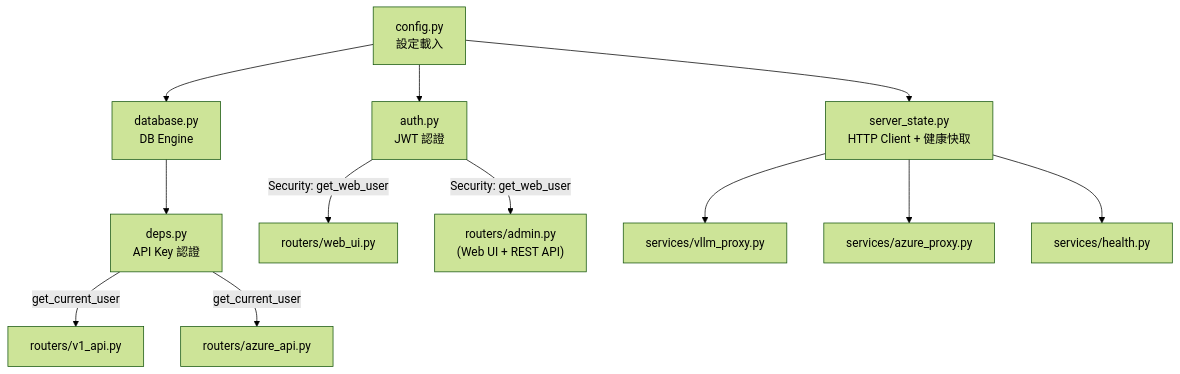
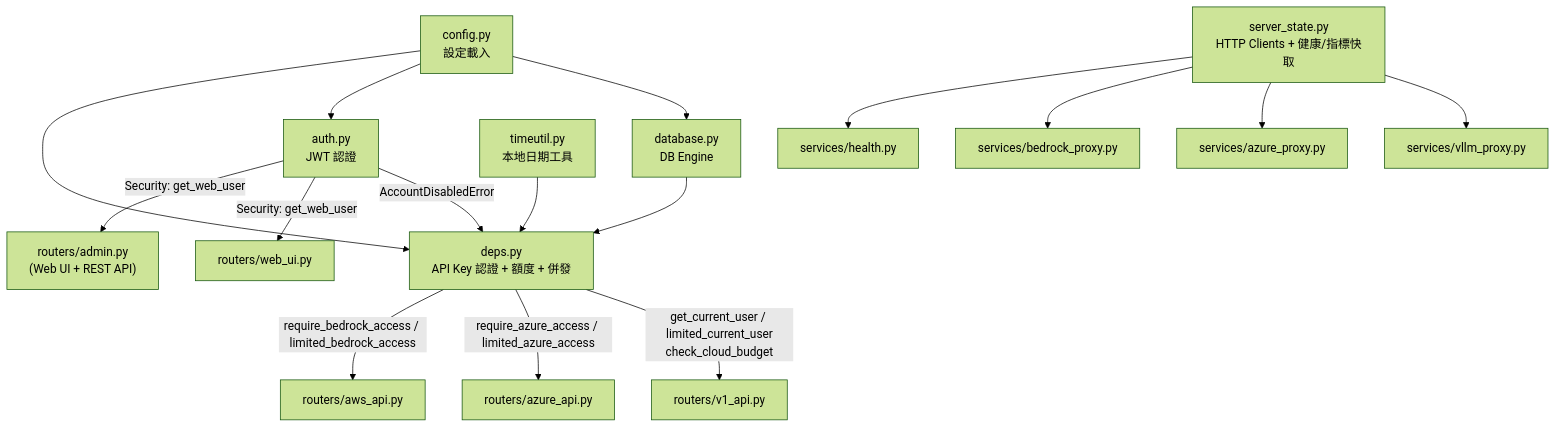
The diagram in app/core/README.zh-TW.md (bwinken/llm-gateway), drawn with Mermaid (forest theme) before and after one commit. The commit also changed other lines of this file and 2 other files, not shown here.

````diff
--- a/app/core/README.zh-TW.md
+++ b/app/core/README.zh-TW.md
@@ -9,14 +9,18 @@
 ```mermaid
 graph TD
     config["config.py<br/>設定載入"] --> database["database.py<br/>DB Engine"]
     config --> auth["auth.py<br/>JWT 認證"]
-    config --> server_state["server_state.py<br/>HTTP Client + 健康快取"]
-    database --> deps["deps.py<br/>API Key 認證"]
+    config --> deps["deps.py<br/>API Key 認證 + 額度 + 併發"]
+    database --> deps
+    timeutil["timeutil.py<br/>本地日期工具"] --> deps
+    auth --> |AccountDisabledError| deps
     auth --> |Security: get_web_user| WebUI["routers/web_ui.py"]
     auth --> |Security: get_web_user| Admin["routers/admin.py<br/>(Web UI + REST API)"]
-    deps --> |get_current_user| LLM_API["routers/v1_api.py"]
-    deps --> |get_current_user| AzureAPI["routers/azure_api.py"]
-    server_state --> VllmProxy["services/vllm_proxy.py"]
+    deps --> |get_current_user / limited_current_user<br/>check_cloud_budget| LLM_API["routers/v1_api.py"]
+    deps --> |require_azure_access / limited_azure_access| AzureAPI["routers/azure_api.py"]
+    deps --> |require_bedrock_access / limited_bedrock_access| AwsAPI["routers/aws_api.py"]
+    server_state["server_state.py<br/>HTTP Clients + 健康/指標快取"] --> VllmProxy["services/vllm_proxy.py"]
     server_state --> AzureProxy["services/azure_proxy.py"]
+    server_state --> BedrockProxy["services/bedrock_proxy.py"]
     server_state --> Health["services/health.py"]
 ```
````
